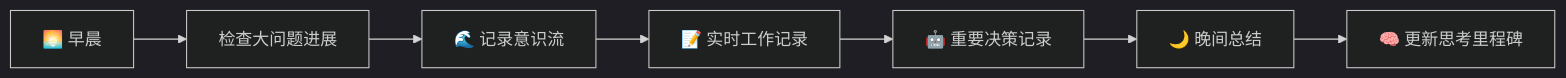
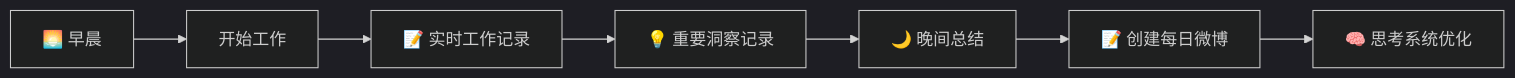
Before and after one commit to Yaxuan42/IrulanDiary: the first of 2 diagrams in README.md, drawn with Mermaid (dark theme). The commit also changed other lines of this file and 6 other files, not shown here.

````diff
--- a/README.md
+++ b/README.md
@@ -118,9 +92,9 @@
 ```mermaid
 graph LR
-    A[🌅 早晨] --> B[检查大问题进展]
-    B --> C[🌊 记录意识流]
-    C --> D[📝 实时工作记录]
-    D --> E[🤖 重要决策记录]
-    E --> F[🌙 晚间总结]
-    F --> G[🧠 更新思考里程碑]
+    A[🌅 早晨] --> B[开始工作]
+    B --> C[📝 实时工作记录]
+    C --> D[💡 重要洞察记录]
+    D --> E[🌙 晚间总结]
+    E --> F[📝 创建每日微博]
+    F --> G[🧠 思考系统优化]
 ```
````
